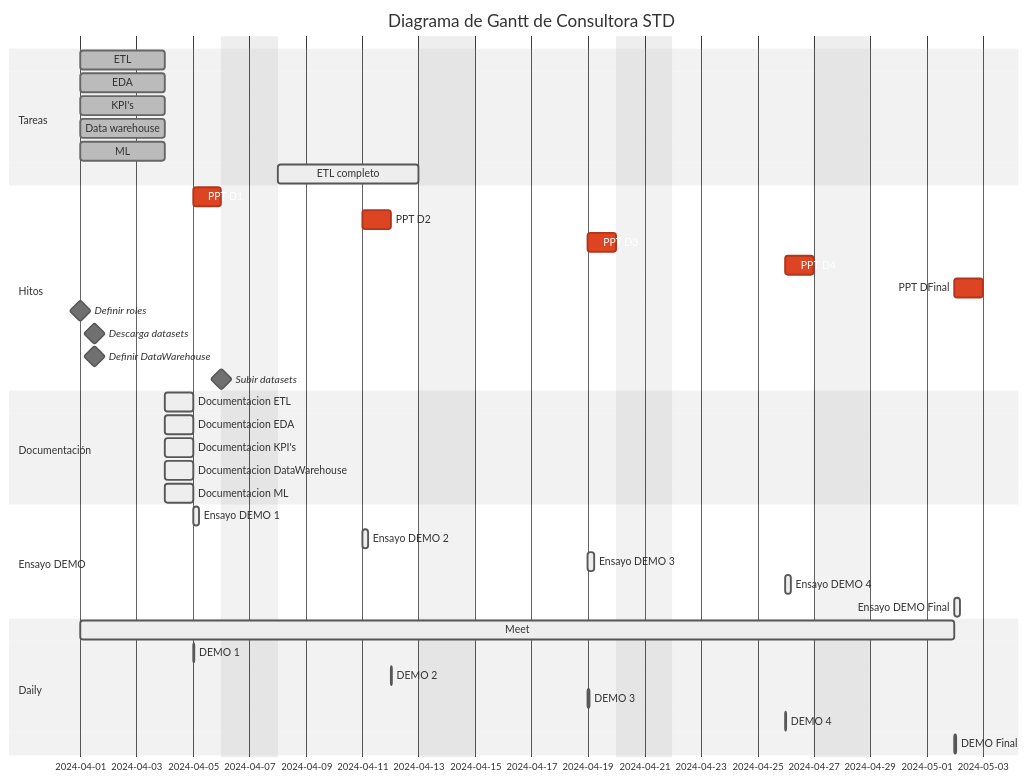
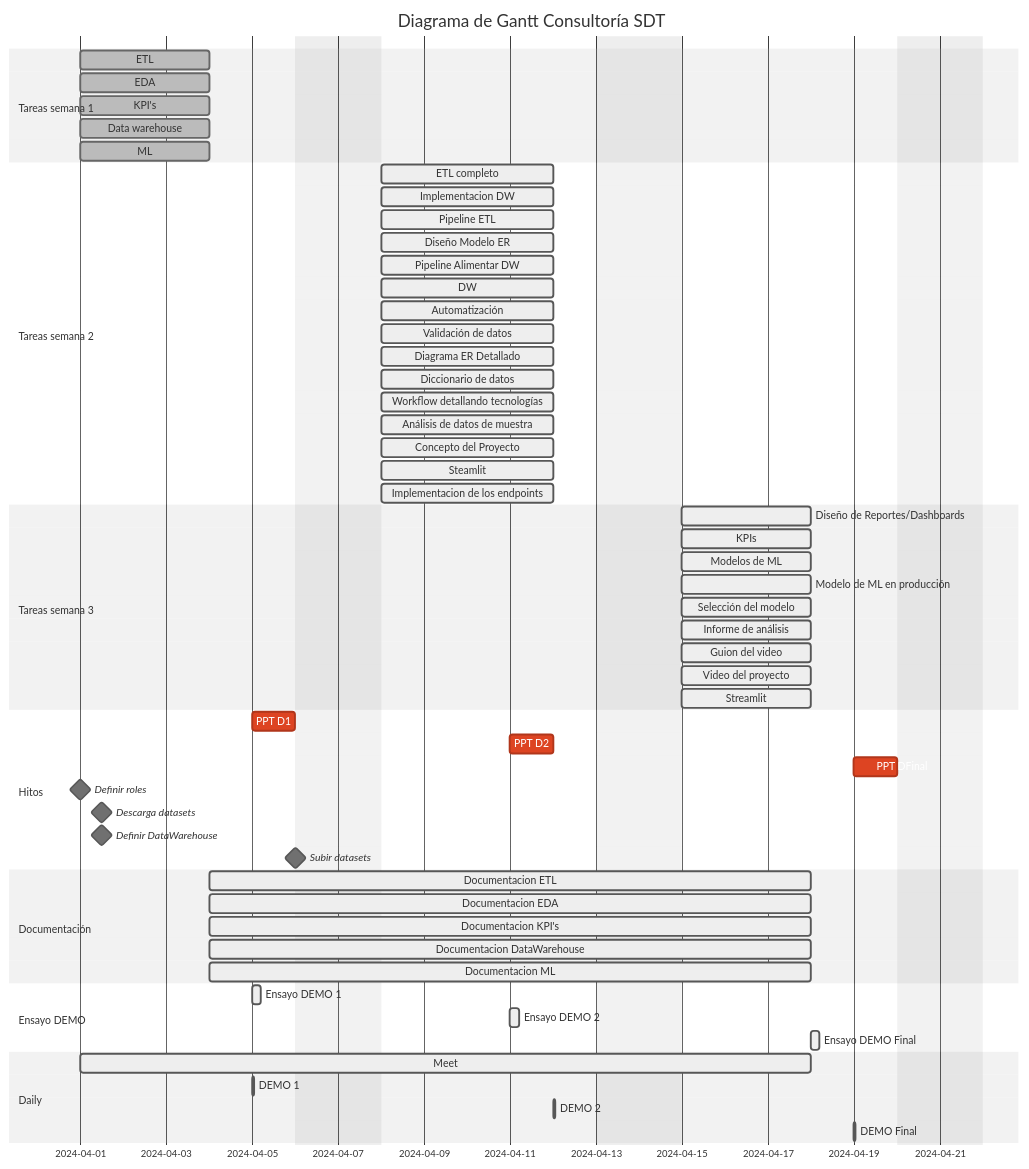
The diagram in README.md (marceloyuba/SDT), drawn with Mermaid (neutral theme) before and after one commit.

````diff
--- a/README.md
+++ b/README.md
@@ -7,49 +7,71 @@
 ```mermaid
 gantt
    
     dateFormat  YYYY-MM-DD
-    title       Diagrama de Gantt de Consultora STD
-    excludes    weekends
+    title       Diagrama de Gantt Consultoría SDT
+    excludes     saturday sunday
     %% (`excludes` accepts specific dates in YYYY-MM-DD format, days of the week ("sunday") or "weekends", but not the word "weekdays".)
 
-   section Tareas
+    section Tareas semana 1
     ETL                       :done,    des1, 2024-04-01, 3d
     EDA                       :done,  des2, 2024-04-01, 3d
     KPI's                     :done,   des3,  2024-04-01, 3d
     Data warehouse            :done,   des4, 2024-04-01, 3d
     ML                        :done, des5, 2024-04-01, 3d               
-    ETL completo               :active,    des4, 2024-04-08, 5d
+
+    section Tareas semana 2            
+    ETL completo               :active,    des6, 2024-04-08, 4d
+    Implementacion DW         :active,    des7, 2024-04-08, 4d
+    Pipeline ETL               :active,    des8, 2024-04-08, 4d
+    Diseño Modelo ER           :active,    des8, 2024-04-08, 4d 
+    Pipeline Alimentar DW       :active,    des9, 2024-04-08, 4d
+    DW                          :active,    des10, 2024-04-08, 4d
+    Automatización             :active,    des11, 2024-04-08, 4d
+    Validación de datos         :active,    des12, 2024-04-08, 4d
+    Diagrama ER Detallado       :active,    des13, 2024-04-08, 4d
+    Diccionario de datos        :active,    des14, 2024-04-08, 4d
+    Workflow detallando tecnologías :active,    des15, 2024-04-08, 4d
+    Análisis de datos de muestra   :active,    des16, 2024-04-08, 4d
+    Concepto del Proyecto         :active,    des17, 2024-04-08, 4d
+    Steamlit                     :active,    des18, 2024-04-08, 4d
+    Implementacion de los endpoints     :active,    des19, 2024-04-08, 4d
+
+    section Tareas semana 3           
+    Diseño de Reportes/Dashboards  :active,    des20, 2024-04-15, 3d
+    KPIs                           :active,    des21, 2024-04-15, 3d
+    Modelos de ML                   :active,    des22, 2024-04-15, 3d
+    Modelo de ML en producción      :active,    des23, 2024-04-15, 3d
+    Selección del modelo         :active,    des24, 2024-04-15, 3d
+    Informe de análisis               :active,    des25, 2024-04-15, 3d
+    Guion del video                  :active,    des26, 2024-04-15, 3d
+    Video del proyecto              :active,    des27, 2024-04-15, 3d
+    Streamlit                       :active, des28, 2024-04-15, 3d
+
     section Hitos
     PPT D1                              :crit,  2024-04-05,24h
     PPT D2                              :crit,  2024-04-11,24h
-    PPT D3                              :crit,  2024-04-19,24h
-    PPT D4                              :crit,  2024-04-26,24h
-    PPT DFinal                          :crit,  after a1,24h
+    PPT DFinal                          :crit,  2024-04-19,24h
     Definir roles                       :milestone, isadded, 2024-04-01, 0d
     Descarga datasets                   :milestone, isadded, 2024-04-01, 24h
     Definir DataWarehouse               :milestone,isadded, 2024-04-01, 24h
     Subir datasets                      :milestone,isadded 2024-04-04, 2d
 
     section Documentación
-    Documentacion ETL               :active, a1, after des1, 1d
-    Documentacion EDA              :active, a1, after des1, 1d
-    Documentacion KPI's              :active, a1, after des1, 1d
-    Documentacion DataWarehouse       :active, a1, after des1, 1d
-    Documentacion ML             :active, a1, after des1, 1d
+    Documentacion ETL               :active, a1, after des1, 10d
+    Documentacion EDA              :active, a1, after des1, 10d
+    Documentacion KPI's              :active, a1, after des1, 10d
+    Documentacion DataWarehouse       :active, a1, after des1, 10d
+    Documentacion ML                   :active, a1, after des1, 10d
     
     section Ensayo DEMO
     Ensayo DEMO 1                       :active, 2024-04-05, 5h
     Ensayo DEMO 2                       :active, 2024-04-11, 5h
-    Ensayo DEMO 3                      :active, 2024-04-19, 5h
-    Ensayo DEMO 4                      :active, 2024-04-26, 5h
-    Ensayo DEMO Final                  :active, after a1, 5h
+    Ensayo DEMO Final                  :active, 2024-04-18, 5h
 
     section Daily
-    Meet                               :active,a1, 2024-04-01, 2024-05-02
+    Meet                               :active,a2, 2024-04-01, 2024-04-18
     DEMO 1                             :active, 2024-04-05, 1h
     DEMO 2                             :active, 2024-04-12, 1h
-    DEMO 3                             :active, 2024-04-19, 1h
-    DEMO 4                             :active,2024-04-26, 1h
-    DEMO Final                             :after a1, 1h
-
+    DEMO Final                             :active, 2024-04-19, 1h
+   
 ```
````
